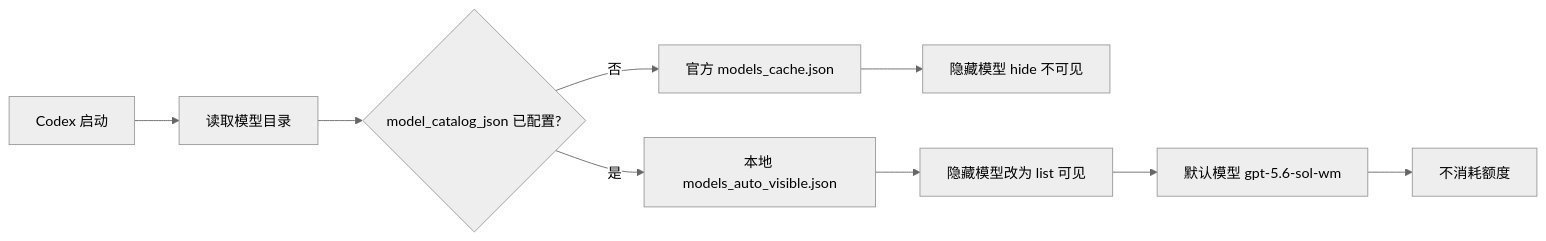
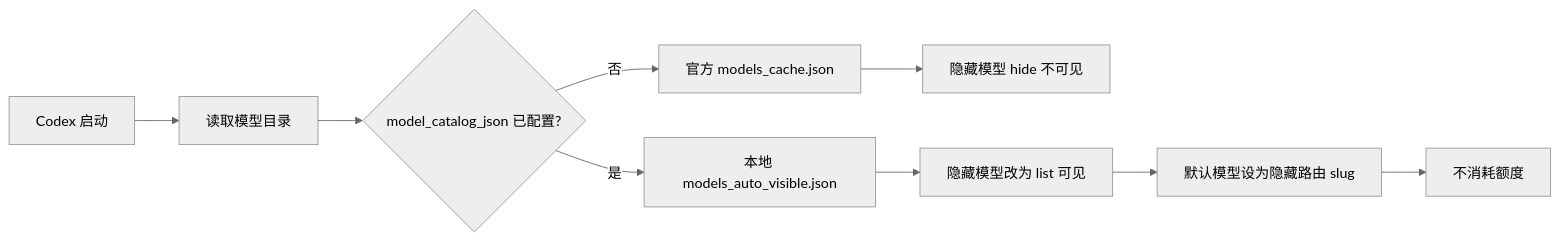
One commit to 1837620622/codex-hidden-model-guide changed the diagram in README.md. Above: the diagram before and after it, drawn with Mermaid (neutral theme). The commit also changed other lines of this file and 2 other files, not shown here.

````diff
--- a/README.md
+++ b/README.md
@@ -45,11 +47,11 @@
 ```mermaid
 graph LR
     A[Codex 启动] --> B[读取模型目录]
     B --> C{model_catalog_json 已配置?}
     C -->|否| D[官方 models_cache.json]
     C -->|是| E[本地 models_auto_visible.json]
     D --> F[隐藏模型 hide 不可见]
     E --> G[隐藏模型改为 list 可见]
-    G --> H[默认模型 gpt-5.6-sol-wm]
+    G --> H[默认模型设为隐藏路由 slug]
     H --> I[不消耗额度]
 ```
````
